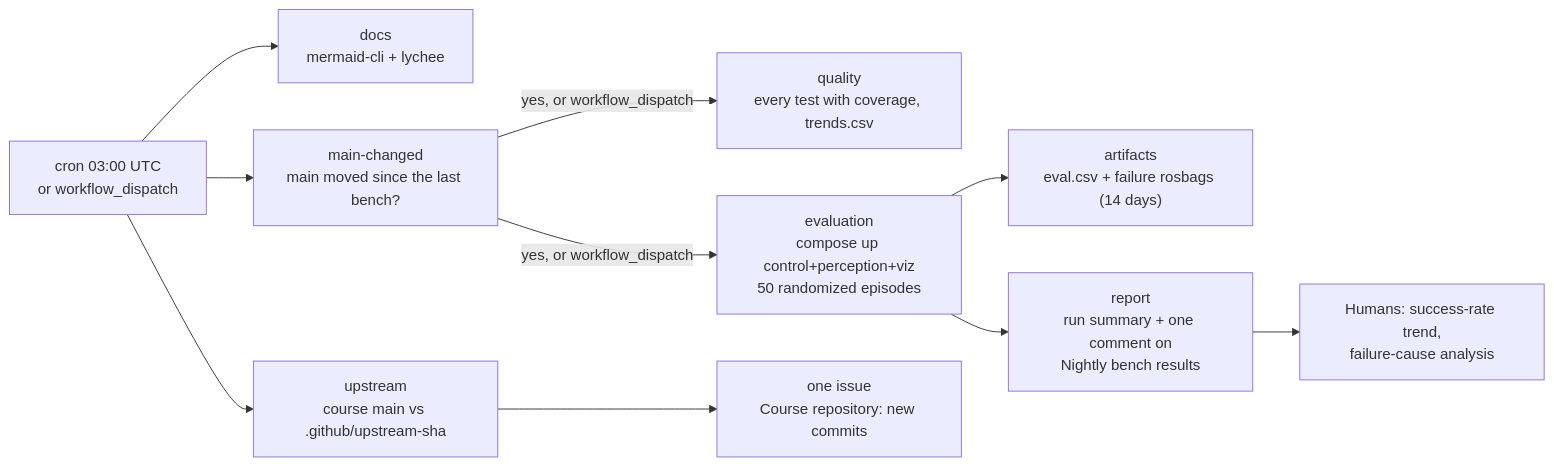
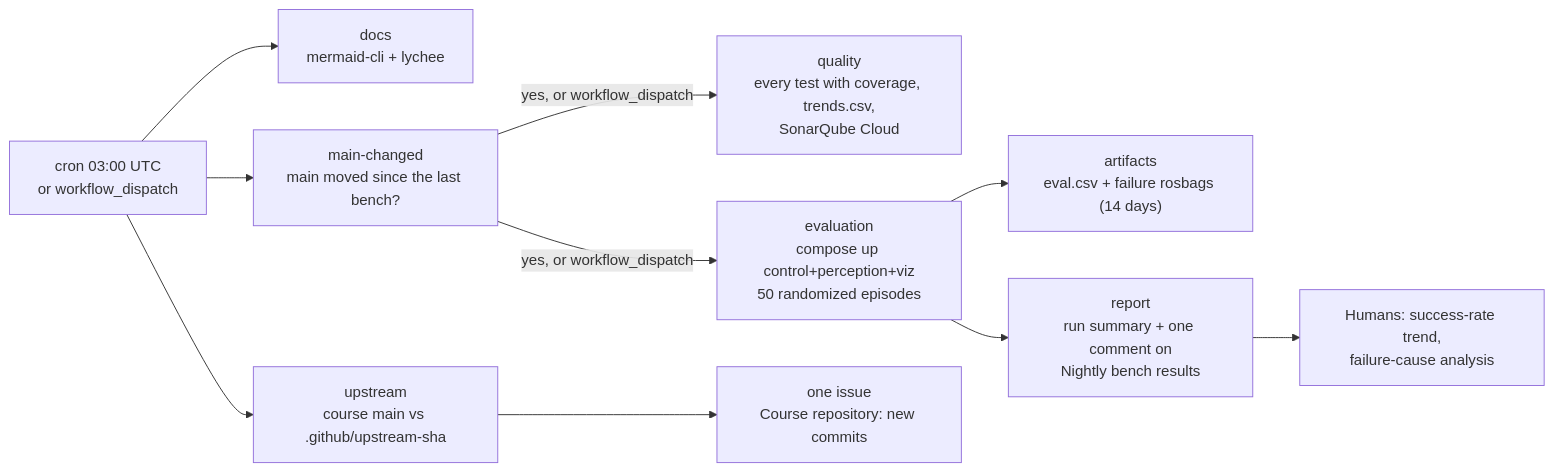
One commit to FoxaxeWasTaken/Robotics changed the third of 4 diagrams in docs/project/14_quality_pipeline_ci.md. Above: the diagram before and after it, drawn with Mermaid. The commit also changed other lines of this file and 3 other files, not shown here.

First line of the commit message:
ci(nightly): SonarQube Cloud analysis of main, on trial

````diff
--- a/docs/project/14_quality_pipeline_ci.md
+++ b/docs/project/14_quality_pipeline_ci.md
@@ -170,12 +170,12 @@
 ```mermaid
 flowchart LR
   S["cron 03:00 UTC<br/>or workflow_dispatch"] --> D["docs<br/>mermaid-cli + lychee"]
   S --> MC["main-changed<br/>main moved since the last bench?"]
-  MC -->|"yes, or workflow_dispatch"| Q["quality<br/>every test with coverage, trends.csv"]
+  MC -->|"yes, or workflow_dispatch"| Q["quality<br/>every test with coverage, trends.csv,<br/>SonarQube Cloud"]
   MC -->|"yes, or workflow_dispatch"| V["evaluation<br/>compose up control+perception+viz<br/>50 randomized episodes"]
   V --> R["artifacts<br/>eval.csv + failure rosbags (14 days)"]
   V --> B["report<br/>run summary + one comment on<br/>Nightly bench results"]
   B --> H["Humans: success-rate trend,<br/>failure-cause analysis"]
   S --> W["upstream<br/>course main vs .github/upstream-sha"]
   W --> I["one issue<br/>Course repository: new commits"]
 ```
````
